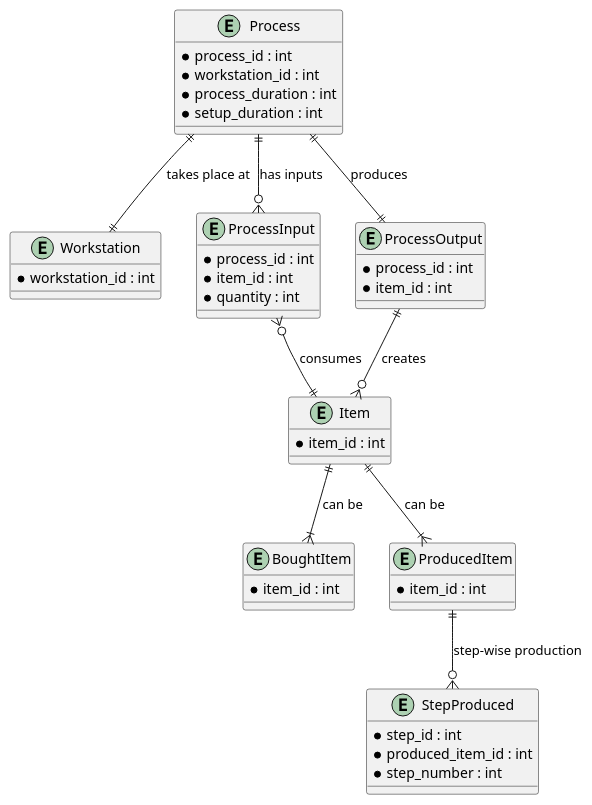
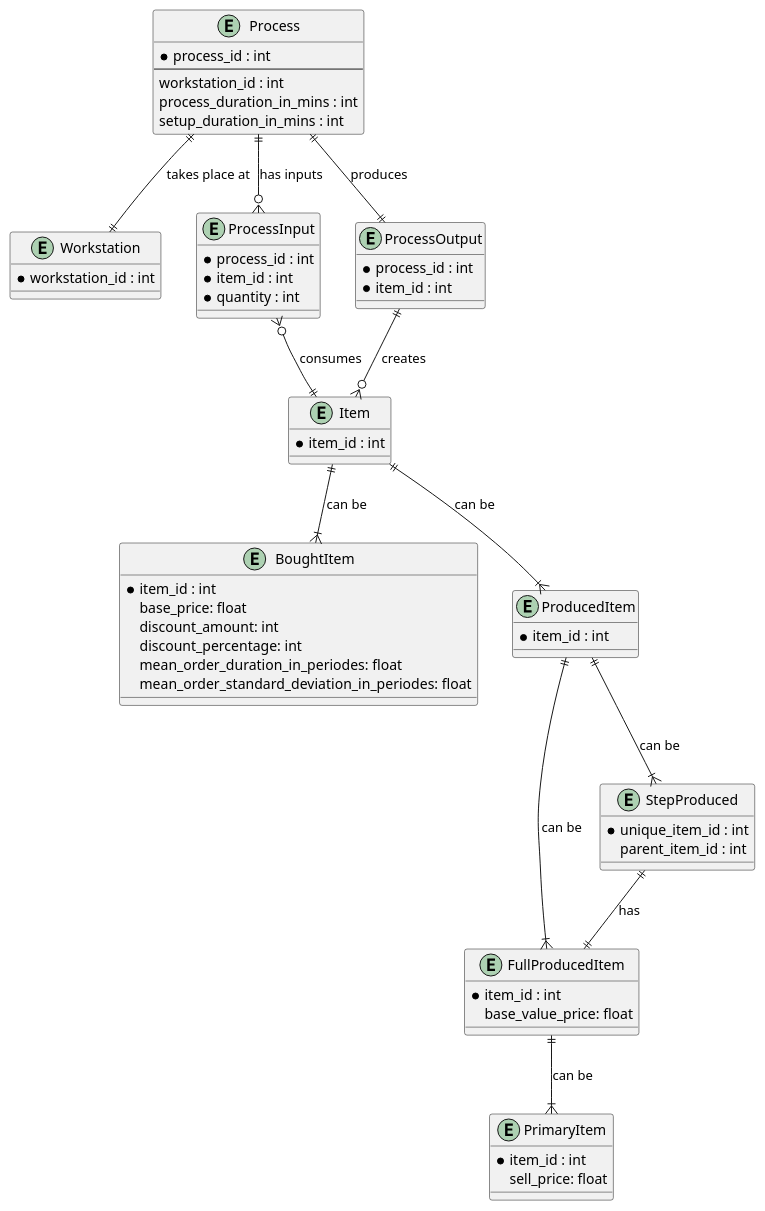
The diagram in docs/material_flow.puml (buecktobias/ibsys2SCM), drawn with PlantUML before and after one commit. The commit also changed 25 other files, not shown here.

```diff
--- a/docs/material_flow.puml
+++ b/docs/material_flow.puml
@@ -1,50 +1,69 @@
 @startuml
 entity "Process" as Process {
   * process_id : int
-  * workstation_id : int
-  * process_duration : int
-  * setup_duration : int
+  --
+  workstation_id : int
+  process_duration_in_mins : int
+  setup_duration_in_mins : int
 }
 
 entity "Item" as Item {
   * item_id : int
 }
 
 entity "BoughtItem" as BoughtItem {
   * item_id : int
+  base_price: float
+  discount_amount: int
+  discount_percentage: int
+  mean_order_duration_in_periodes: float
+  mean_order_standard_deviation_in_periodes: float
 }
 
 entity "ProducedItem" as ProducedItem {
   * item_id : int
 }
 
+
+entity PrimaryItem {
+  * item_id : int
+  sell_price: float
+}
+
+entity FullProducedItem {
+  * item_id : int
+  base_value_price: float
+}
+
 entity "StepProduced" as StepProduced {
-  * step_id : int
-  * produced_item_id : int
-  * step_number : int
+  * unique_item_id : int
+    parent_item_id : int
 }
 
 entity "Workstation" as Workstation {
   * workstation_id : int
 }
 
 entity "ProcessInput" as ProcessInput {
   * process_id : int
   * item_id : int
   * quantity : int
 }
 
 entity "ProcessOutput" as ProcessOutput {
   * process_id : int
   * item_id : int
 }
 
 Process ||--o{ ProcessInput : "has inputs"
 Process ||--|| ProcessOutput : "produces"
 ProcessInput }o--|| Item : "consumes"
 ProcessOutput ||--o{ Item : "creates"
 Item ||--|{ BoughtItem : "can be"
 Item ||--|{ ProducedItem : "can be"
-ProducedItem ||--o{ StepProduced : "step-wise production"
+ProducedItem ||--|{ FullProducedItem : "can be"
+FullProducedItem ||--|{ PrimaryItem : "can be"
+ProducedItem ||--|{ StepProduced : "can be"
+StepProduced ||--|| FullProducedItem : "has"
 Process ||--|| Workstation : "takes place at"
 @enduml
```
